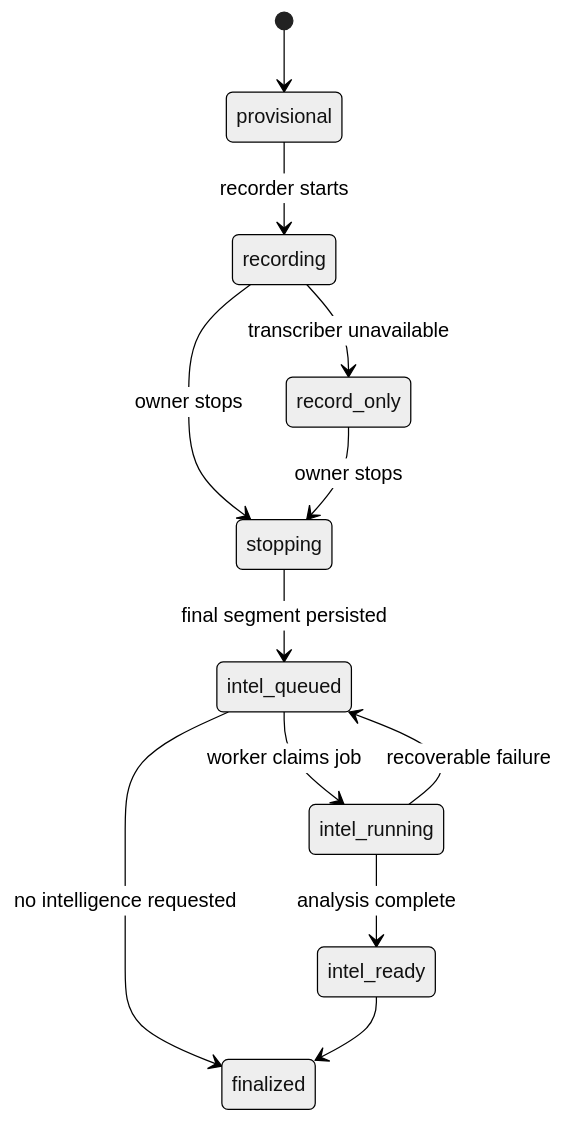
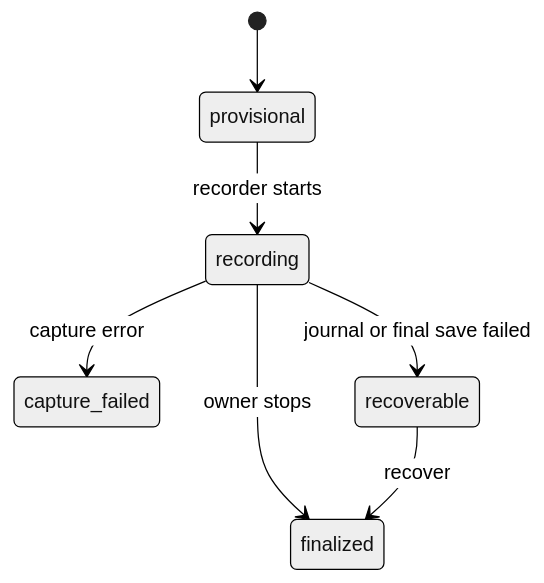
One commit to karolswdev/HoldSpeak changed the second of 4 diagrams in docs/MEETING_ARCHITECTURE.md. Above: the diagram before and after it, drawn with Mermaid (neutral theme). The commit also changed other lines of this file and 66 other files, not shown here.

````diff
--- a/docs/MEETING_ARCHITECTURE.md
+++ b/docs/MEETING_ARCHITECTURE.md
@@ -38,14 +86,9 @@
 ```mermaid
 stateDiagram-v2
     [*] --> provisional
     provisional --> recording: recorder starts
-    recording --> record_only: transcriber unavailable
-    recording --> stopping: owner stops
-    record_only --> stopping: owner stops
-    stopping --> intel_queued: final segment persisted
-    intel_queued --> intel_running: worker claims job
-    intel_running --> intel_ready: analysis complete
-    intel_running --> intel_queued: recoverable failure
-    intel_queued --> finalized: no intelligence requested
-    intel_ready --> finalized
+    recording --> finalized: owner stops
+    recording --> capture_failed: capture error
+    recording --> recoverable: journal or final save failed
+    recoverable --> finalized: recover
 ```
````
